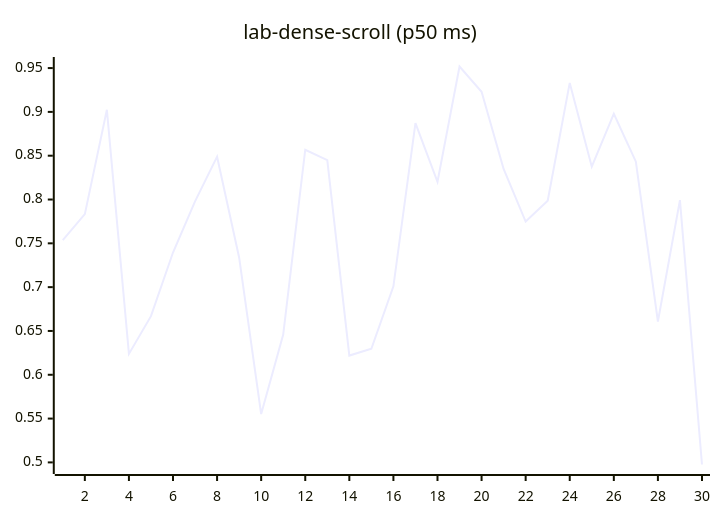
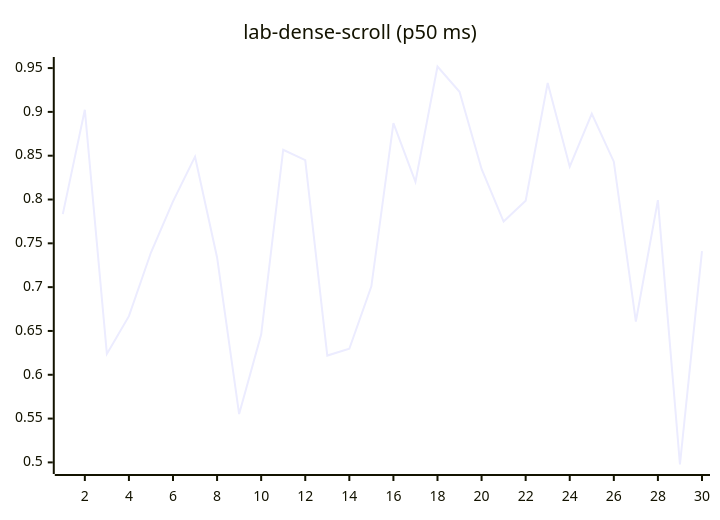
One commit to josha/Facet changed diagram 12 of 27 in README.md. Above: the diagram before and after it, drawn with Mermaid. The commit also changed other lines of this file and 2 other files, not shown here.

````diff
--- a/README.md
+++ b/README.md
@@ -140,6 +140,6 @@
 ```mermaid
 xychart-beta
     title "lab-dense-scroll (p50 ms)"
     x-axis 1 --> 30
-    line [0.7537, 0.7833, 0.9024, 0.6238, 0.6669, 0.7395, 0.7979, 0.8489, 0.7339, 0.5552, 0.6458, 0.8568, 0.8450, 0.6219, 0.6297, 0.7010, 0.8871, 0.8203, 0.9518, 0.9230, 0.8349, 0.7748, 0.7987, 0.9331, 0.8374, 0.8979, 0.8432, 0.6608, 0.7993, 0.4976]
+    line [0.7833, 0.9024, 0.6238, 0.6669, 0.7395, 0.7979, 0.8489, 0.7339, 0.5552, 0.6458, 0.8568, 0.8450, 0.6219, 0.6297, 0.7010, 0.8871, 0.8203, 0.9518, 0.9230, 0.8349, 0.7748, 0.7987, 0.9331, 0.8374, 0.8979, 0.8432, 0.6608, 0.7993, 0.4976, 0.7412]
 ```
````
